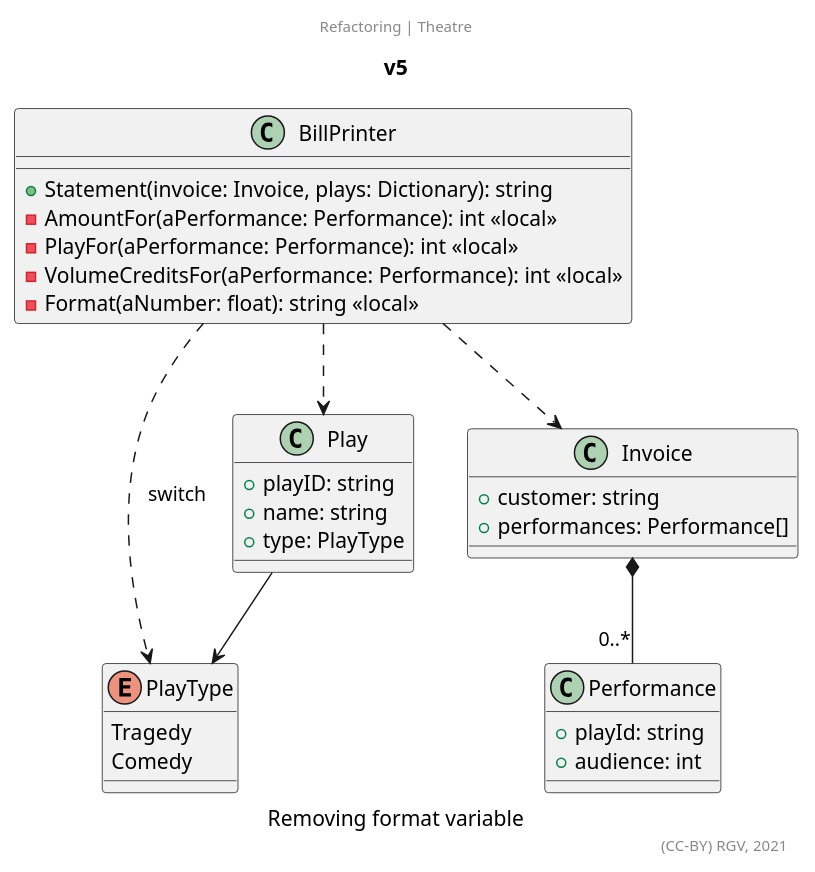
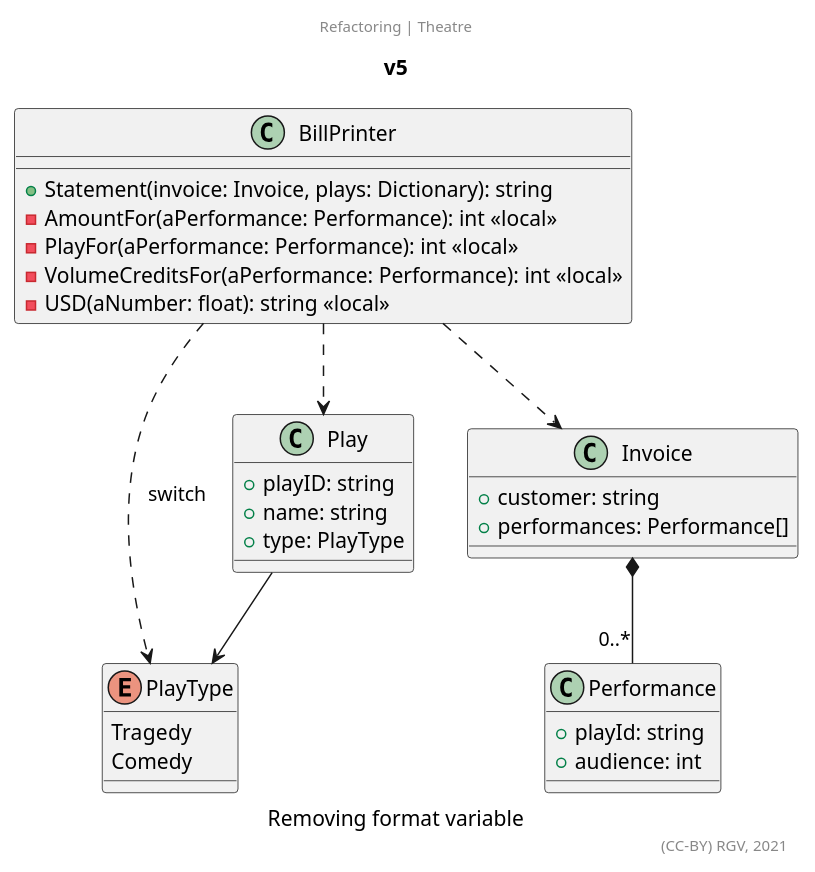
One commit to RicardoGuzmanVelasco/MartinFowler.Refactoring changed the diagram in Theatre/Documentation~/v5.puml. Above: the diagram before and after it, drawn with PlantUML. The commit also changed 1 other file, not shown here.

Commit message:
v5b | Rename Format to USD

```diff
--- a/Theatre/Documentation~/v5.puml
+++ b/Theatre/Documentation~/v5.puml
@@ -1,51 +1,51 @@
 @startuml
 title v5
 center header Refactoring | Theatre
 '''''''''''''
 allowmixing
 '''''''''''''
 
 enum PlayType{
     Tragedy
     Comedy
 }
 
 class Performance{
     +playId: string
     +audience: int
 }
 
 class Invoice{
     +customer: string
     +performances: Performance[]
 }
 
 class Play{
     +playID: string
     +name: string
     +type: PlayType
 }
 
 class BillPrinter{
     +Statement(invoice: Invoice, plays: Dictionary): string 
     -AmountFor(aPerformance: Performance): int <<local>>
     -PlayFor(aPerformance: Performance): int <<local>>
     -VolumeCreditsFor(aPerformance: Performance): int <<local>>
-    -Format(aNumber: float): string <<local>>
+    -USD(aNumber: float): string <<local>>
 }
 
 '''''''''''''
 
 Play --> PlayType
 Invoice *-- "0..*" Performance
 
 BillPrinter ..> Invoice
 BillPrinter ..> Play
 BillPrinter ..> PlayType : switch
 
 
 '''''''''''''
 '''''''''''''
 caption Removing format variable
 right footer (CC-BY) RGV, 2021
 @enduml
```
